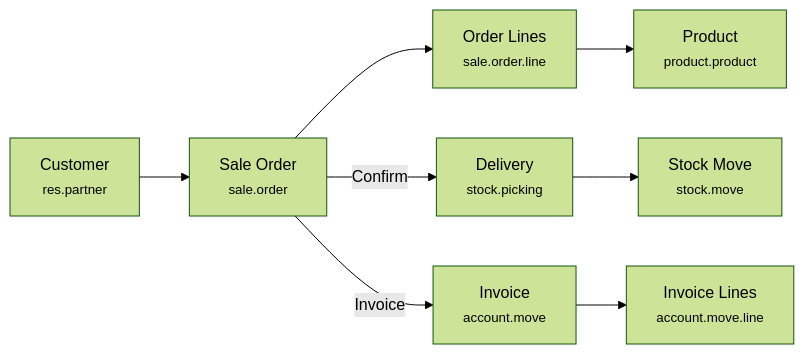
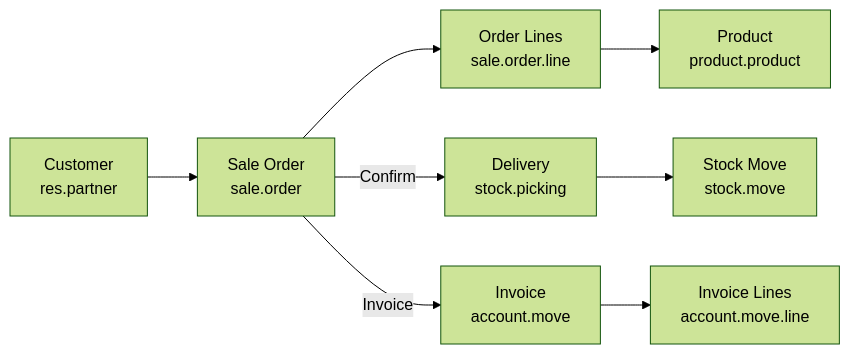
One commit to pran-odoo/odoo-training changed the third of 10 diagrams in docs/19-examples.md. Above: the diagram before and after it, drawn with Mermaid (forest theme). The commit also changed other lines of this file and 6 other files, not shown here.

First line of the commit message:
Remove HTML br tags from Mermaid diagrams

````diff
--- a/docs/19-examples.md
+++ b/docs/19-examples.md
@@ -76,10 +81,18 @@
 ```mermaid
 graph LR
-    C[Customer<br><small>res.partner</small>] --> SO[Sale Order<br><small>sale.order</small>]
-    SO --> L[Order Lines<br><small>sale.order.line</small>]
-    L --> P[Product<br><small>product.product</small>]
-    SO -->|Confirm| D[Delivery<br><small>stock.picking</small>]
-    SO -->|Invoice| I[Invoice<br><small>account.move</small>]
-    D --> SM[Stock Move<br><small>stock.move</small>]
-    I --> IL[Invoice Lines<br><small>account.move.line</small>]
+    C["Customer
+    res.partner"] --> SO["Sale Order
+    sale.order"]
+    SO --> L["Order Lines
+    sale.order.line"]
+    L --> P["Product
+    product.product"]
+    SO -->|Confirm| D["Delivery
+    stock.picking"]
+    SO -->|Invoice| I["Invoice
+    account.move"]
+    D --> SM["Stock Move
+    stock.move"]
+    I --> IL["Invoice Lines
+    account.move.line"]
 ```
````
